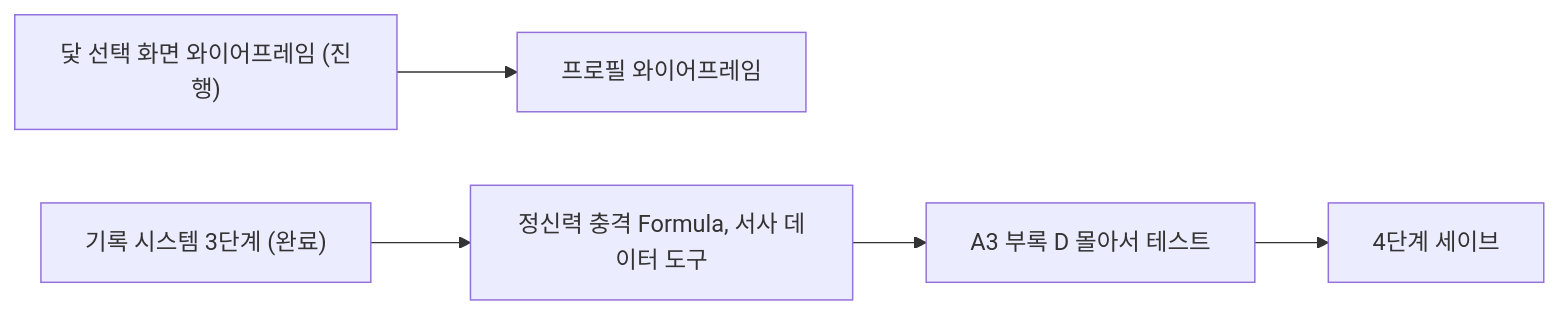
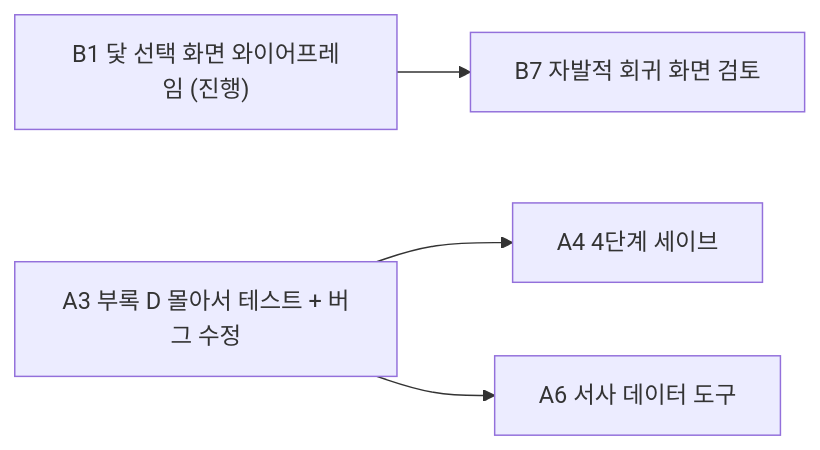
One commit to shieon51/UnityPortfolio1_LastTale changed the diagram in docs/인수인계.md. Above: the diagram before and after it, drawn with Mermaid. The commit also changed other lines of this file and 1 other file, not shown here.

````diff
--- a/docs/인수인계.md
+++ b/docs/인수인계.md
@@ -227,7 +233,6 @@
 ```mermaid
 flowchart LR
-    A["닻 선택 화면 와이어프레임 (진행)"] --> B["프로필 와이어프레임"]
-    C["기록 시스템 3단계 (완료)"] --> D["정신력 충격 Formula, 서사 데이터 도구"]
-    D --> E["A3 부록 D 몰아서 테스트"]
-    E --> F["4단계 세이브"]
+    A["B1 닻 선택 화면 와이어프레임 (진행)"] --> B["B7 자발적 회귀 화면 검토"]
+    T["A3 부록 D 몰아서 테스트 + 버그 수정"] --> S["A4 4단계 세이브"]
+    T --> N["A6 서사 데이터 도구"]
 ```
````
